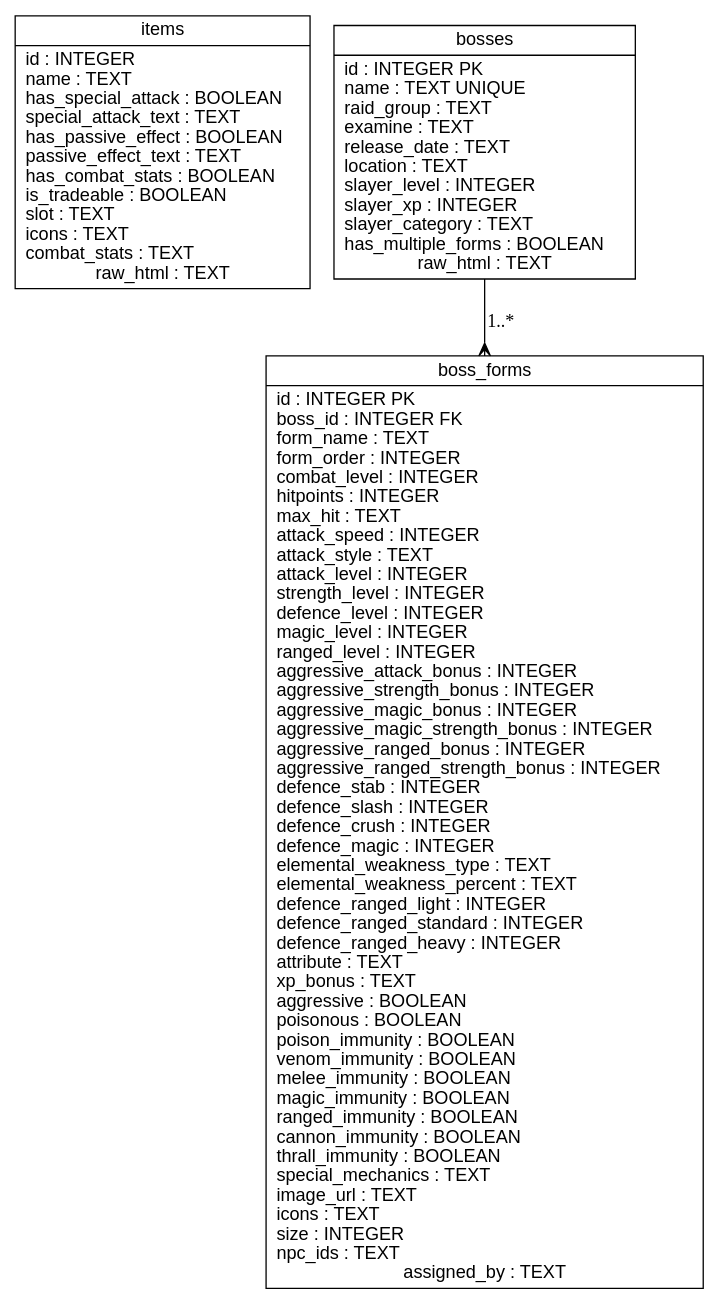
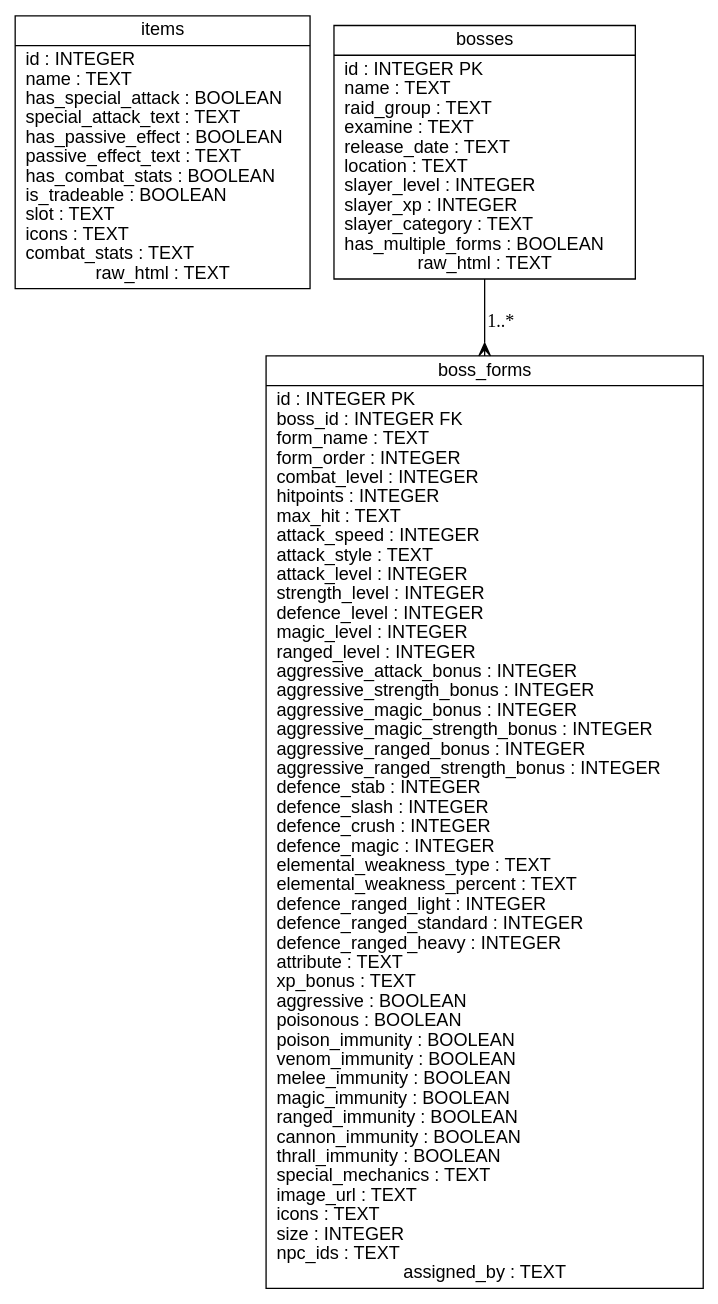
One commit to QualitySushi/osrs-simulator changed the diagram in docs/DEVELOPER_GUIDE.md. Above: the diagram before and after it, drawn with Graphviz. The commit also changed 5 other files, not shown here.

````diff
--- a/docs/DEVELOPER_GUIDE.md
+++ b/docs/DEVELOPER_GUIDE.md
@@ -24,9 +24,9 @@
 ```dot
 digraph ERD {
     node [shape=record, fontname=Helvetica];
     items [label="{items|id : INTEGER\lname : TEXT\lhas_special_attack : BOOLEAN\lspecial_attack_text : TEXT\lhas_passive_effect : BOOLEAN\lpassive_effect_text : TEXT\lhas_combat_stats : BOOLEAN\lis_tradeable : BOOLEAN\lslot : TEXT\licons : TEXT\lcombat_stats : TEXT\lraw_html : TEXT}"];
-    bosses [label="{bosses|id : INTEGER PK\lname : TEXT UNIQUE\lraid_group : TEXT\lexamine : TEXT\lrelease_date : TEXT\llocation : TEXT\lslayer_level : INTEGER\lslayer_xp : INTEGER\lslayer_category : TEXT\lhas_multiple_forms : BOOLEAN\lraw_html : TEXT}"];
+    bosses [label="{bosses|id : INTEGER PK\lname : TEXT\lraid_group : TEXT\lexamine : TEXT\lrelease_date : TEXT\llocation : TEXT\lslayer_level : INTEGER\lslayer_xp : INTEGER\lslayer_category : TEXT\lhas_multiple_forms : BOOLEAN\lraw_html : TEXT}"];
     boss_forms [label="{boss_forms|id : INTEGER PK\lboss_id : INTEGER FK\lform_name : TEXT\lform_order : INTEGER\lcombat_level : INTEGER\lhitpoints : INTEGER\lmax_hit : TEXT\lattack_speed : INTEGER\lattack_style : TEXT\lattack_level : INTEGER\lstrength_level : INTEGER\ldefence_level : INTEGER\lmagic_level : INTEGER\lranged_level : INTEGER\laggressive_attack_bonus : INTEGER\laggressive_strength_bonus : INTEGER\laggressive_magic_bonus : INTEGER\laggressive_magic_strength_bonus : INTEGER\laggressive_ranged_bonus : INTEGER\laggressive_ranged_strength_bonus : INTEGER\ldefence_stab : INTEGER\ldefence_slash : INTEGER\ldefence_crush : INTEGER\ldefence_magic : INTEGER\lelemental_weakness_type : TEXT\lelemental_weakness_percent : TEXT\ldefence_ranged_light : INTEGER\ldefence_ranged_standard : INTEGER\ldefence_ranged_heavy : INTEGER\lattribute : TEXT\lxp_bonus : TEXT\laggressive : BOOLEAN\lpoisonous : BOOLEAN\lpoison_immunity : BOOLEAN\lvenom_immunity : BOOLEAN\lmelee_immunity : BOOLEAN\lmagic_immunity : BOOLEAN\lranged_immunity : BOOLEAN\lcannon_immunity : BOOLEAN\lthrall_immunity : BOOLEAN\lspecial_mechanics : TEXT\limage_url : TEXT\licons : TEXT\lsize : INTEGER\lnpc_ids : TEXT\lassigned_by : TEXT}"];
     bosses -> boss_forms [label="1..*", arrowhead=crow, arrowtail=none, dir=both];
 }
 ```
````
